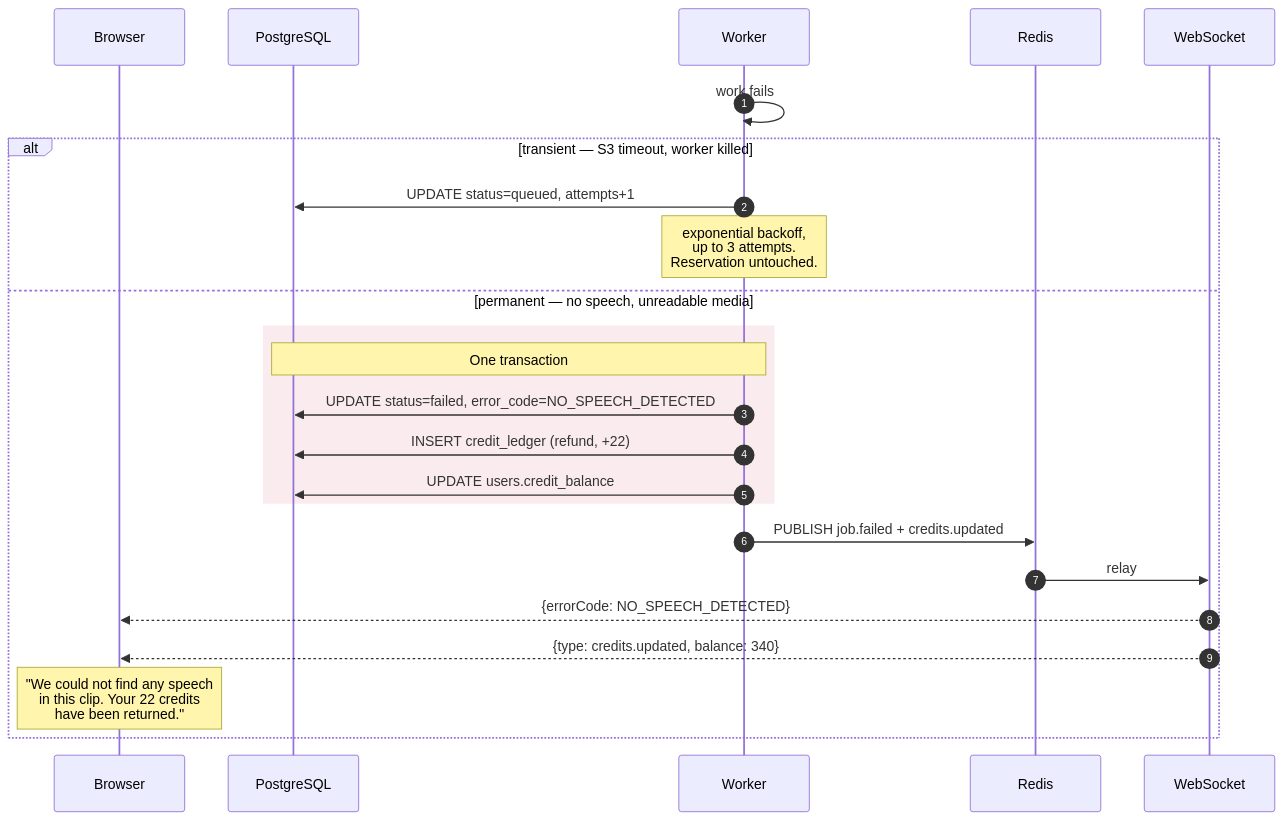
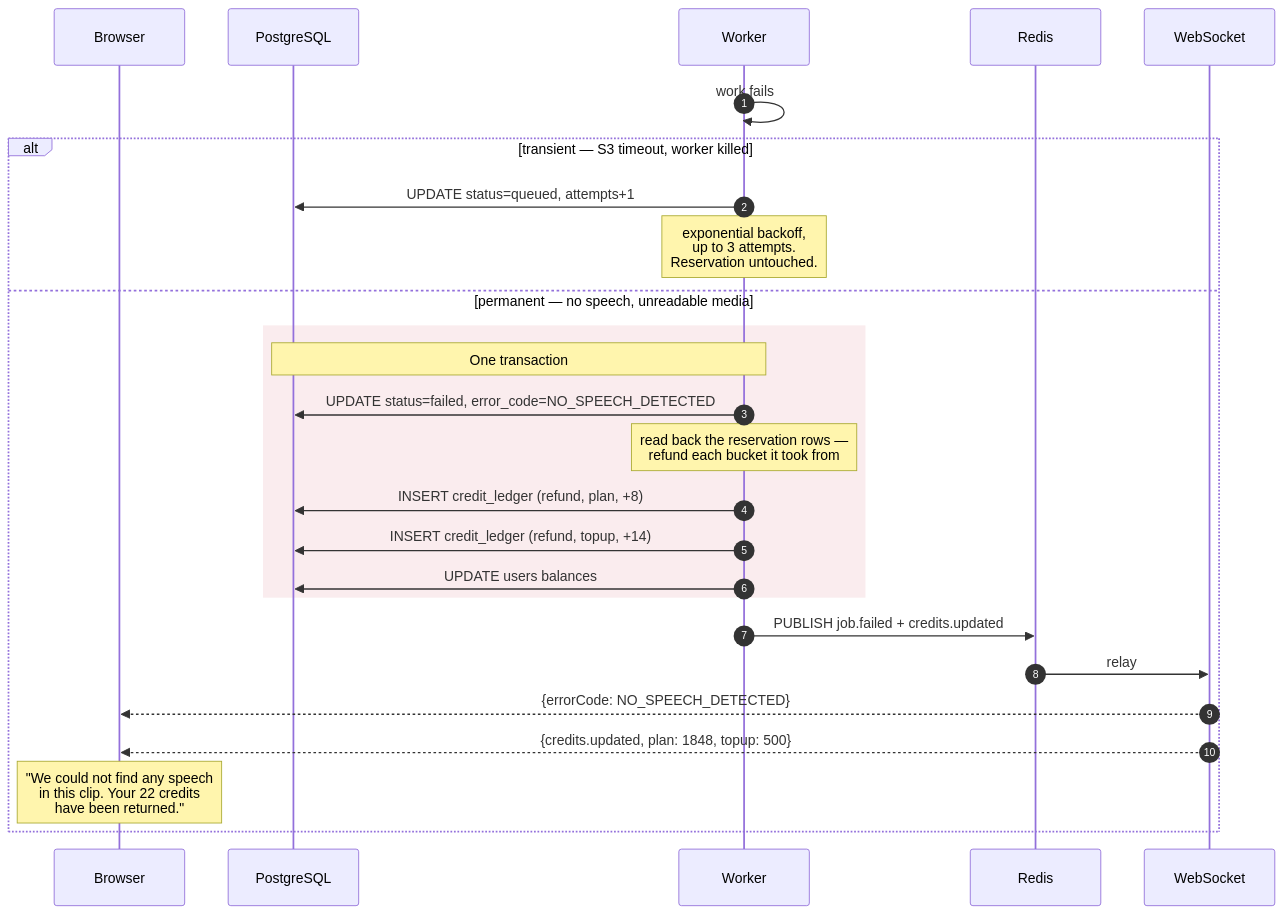
The second of 7 diagrams in docs/diagrams/job-lifecycle.md (PARTH-CODE2012/zipzop-backend), drawn with Mermaid before and after one commit. The commit also changed other lines of this file and 10 other files, not shown here.

````diff
--- a/docs/diagrams/job-lifecycle.md
+++ b/docs/diagrams/job-lifecycle.md
@@ -79,28 +81,30 @@
 ```mermaid
 sequenceDiagram
     autonumber
     participant B as Browser
     participant PG as PostgreSQL
     participant W as Worker
     participant RD as Redis
     participant WS as WebSocket
 
     W->>W: work fails
 
     alt transient — S3 timeout, worker killed
         W->>PG: UPDATE status=queued, attempts+1
         Note over W: exponential backoff,<br/>up to 3 attempts.<br/>Reservation untouched.
     else permanent — no speech, unreadable media
         rect rgb(250, 236, 238)
             Note over W,PG: One transaction
             W->>PG: UPDATE status=failed, error_code=NO_SPEECH_DETECTED
-            W->>PG: INSERT credit_ledger (refund, +22)
-            W->>PG: UPDATE users.credit_balance
+            Note over W: read back the reservation rows —<br/>refund each bucket it took from
+            W->>PG: INSERT credit_ledger (refund, plan, +8)
+            W->>PG: INSERT credit_ledger (refund, topup, +14)
+            W->>PG: UPDATE users balances
         end
         W->>RD: PUBLISH job.failed + credits.updated
         RD->>WS: relay
         WS-->>B: {errorCode: NO_SPEECH_DETECTED}
-        WS-->>B: {type: credits.updated, balance: 340}
+        WS-->>B: {credits.updated, plan: 1848, topup: 500}
         Note over B: "We could not find any speech<br/>in this clip. Your 22 credits<br/>have been returned."
     end
 ```
````
